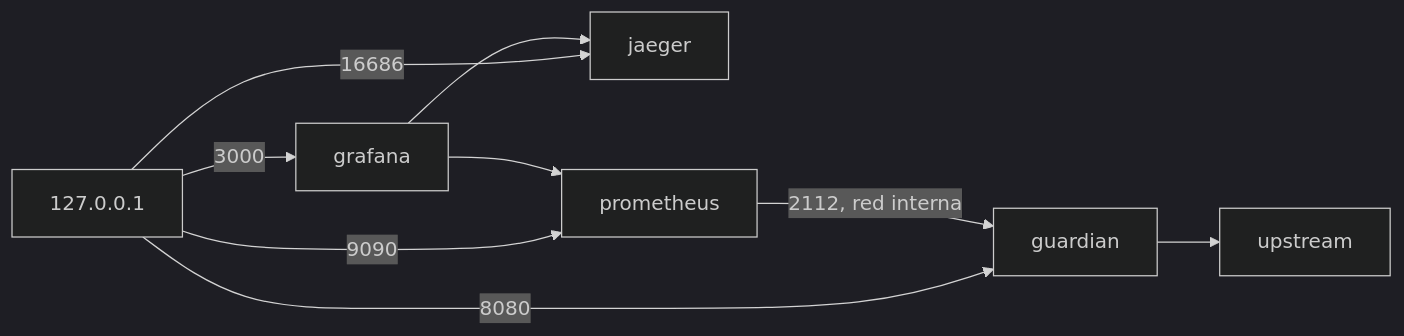
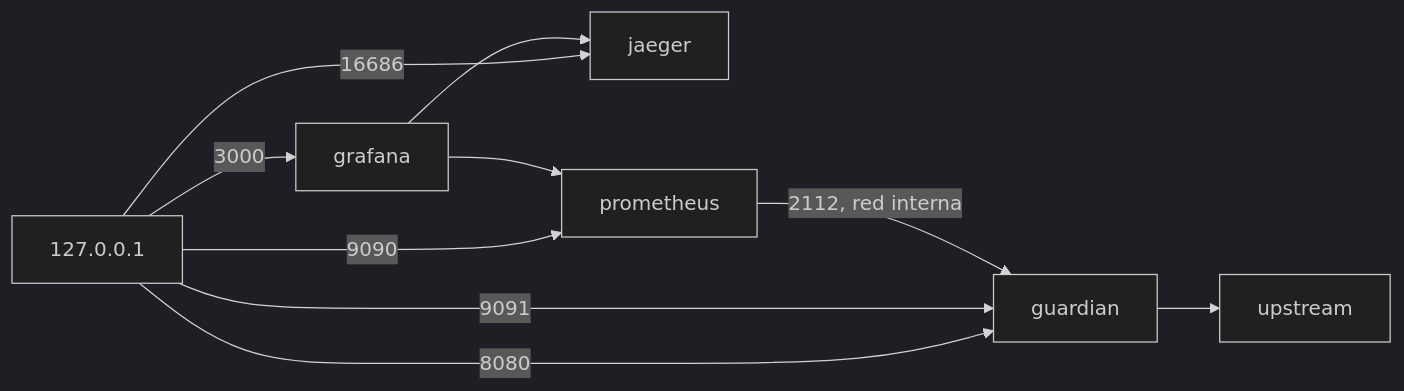
One commit to fharias/guardian-scrapy changed diagram 11 of 11 in README.md. Above: the diagram before and after it, drawn with Mermaid (dark theme). The commit also changed other lines of this file and 3 other files, not shown here.

````diff
--- a/README.md
+++ b/README.md
@@ -773,12 +845,13 @@
 ```mermaid
 flowchart LR
   host["127.0.0.1"]
   host -->|8080| guardian
+  host -->|9091| guardian
   host -->|16686| jaeger
   host -->|9090| prometheus
   host -->|3000| grafana
   grafana --> prometheus
   grafana --> jaeger
   prometheus -->|"2112, red interna"| guardian
   guardian --> upstream
 ```
````
